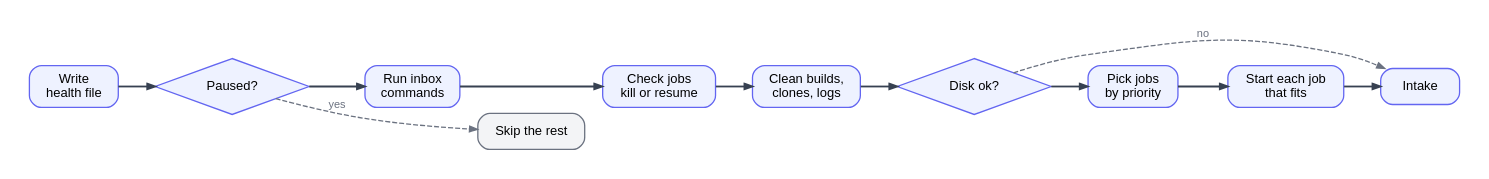
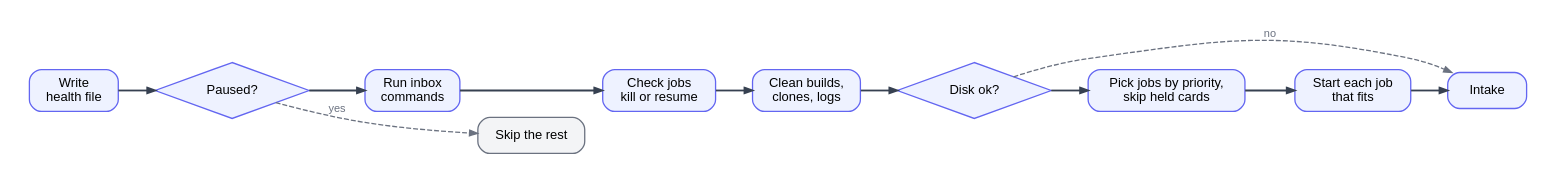
The diagram in factory/docs/diagrams/tick.dot (btseytlin/road-machiners), drawn with Graphviz before and after one commit. The commit also changed 21 other files, not shown here.

```diff
--- a/factory/docs/diagrams/tick.dot
+++ b/factory/docs/diagrams/tick.dot
@@ -1,13 +1,13 @@
 // One tick. Black: normal path. Grey: the tick skips steps. Intake runs last, so its failure never holds back a job.
 digraph tick {
   rankdir=LR; nodesep=0.3; ranksep=0.5; bgcolor=white; pad=0.3;
   node [shape=box, style="rounded,filled", fillcolor="#eef2ff", color="#6366f1", fontname="Helvetica", fontsize=13, margin="0.15,0.1", penwidth=1.3, width=1.1];
   edge [color="#374151", penwidth=1.8, arrowsize=0.8, fontname="Helvetica", fontsize=11];
   H [label="Write\nhealth file"]; Q [label="Paused?", shape=diamond, style=filled, width=1.1]; IN [label="Run inbox\ncommands"];
   J [label="Check jobs\nkill or resume"]; K [label="Intake"]; CL [label="Clean builds,\nclones, logs"];
-  DSK [label="Disk ok?", shape=diamond, style=filled, width=1.1]; PK [label="Pick jobs\nby priority"]; ST [label="Start each job\nthat fits"];
+  DSK [label="Disk ok?", shape=diamond, style=filled, width=1.1]; PK [label="Pick jobs by priority,\nskip held cards"]; ST [label="Start each job\nthat fits"];
   STOP [label="Skip the rest", fillcolor="#f3f4f6", color="#6b7280"];
   H -> Q -> IN -> J -> CL -> DSK -> PK -> ST -> K [weight=100];
   edge [color="#6b7280", fontcolor="#6b7280", style=dashed, penwidth=1.3, weight=0];
   Q -> STOP [label="yes"]; DSK -> K [label="no"];
 }
```
